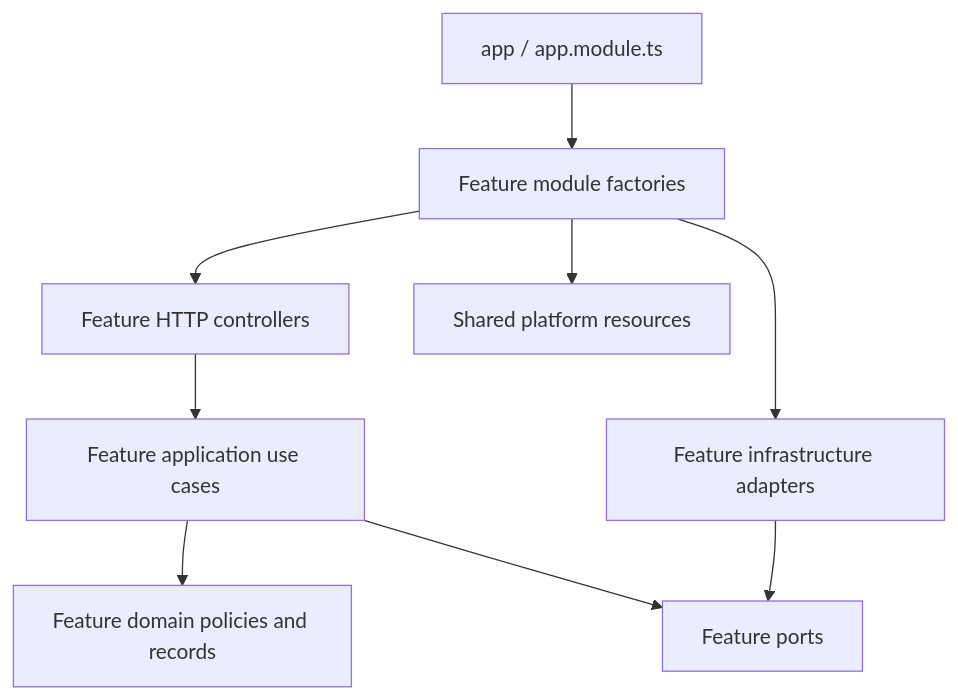
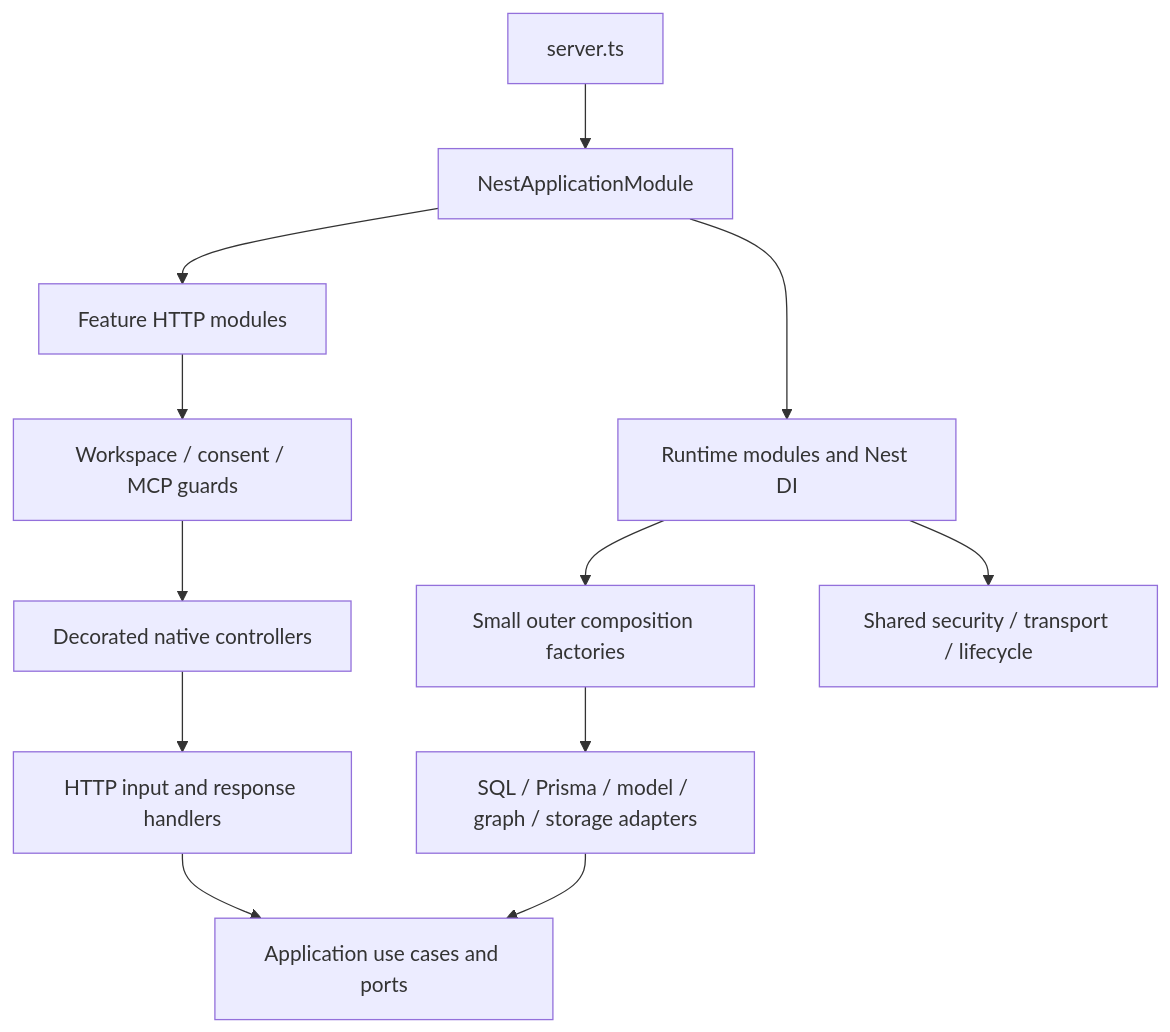
One commit to willianmesko/rag-study-mvp changed the fourth of 9 diagrams in docs/system-architecture.md. Above: the diagram before and after it, drawn with Mermaid. The commit also changed other lines of this file and 74 other files, not shown here.

Commit message:
Migrate remaining API controllers guards and runtime modules to Nest

````diff
--- a/docs/system-architecture.md
+++ b/docs/system-architecture.md
@@ -268,11 +268,14 @@
 ```mermaid
 flowchart TB
-  B[app / app.module.ts] --> Factory[Feature module factories]
-  Factory --> H[Feature HTTP controllers]
-  Factory --> I[Feature infrastructure adapters]
-  H --> UC[Feature application use cases]
-  UC --> D[Feature domain policies and records]
-  UC --> Ports[Feature ports]
-  I --> Ports
-  Factory --> Platform[Shared platform resources]
+  Entry[server.ts] --> Nest[NestApplicationModule]
+  Nest --> Http[Feature HTTP modules]
+  Http --> Guards[Workspace / consent / MCP guards]
+  Guards --> Controllers[Decorated native controllers]
+  Controllers --> Handlers[HTTP input and response handlers]
+  Handlers --> UC[Application use cases and ports]
+  Nest --> Runtime[Runtime modules and Nest DI]
+  Runtime --> Factories[Small outer composition factories]
+  Factories --> Adapters[SQL / Prisma / model / graph / storage adapters]
+  Adapters --> UC
+  Runtime --> Platform[Shared security / transport / lifecycle]
 ```
````
